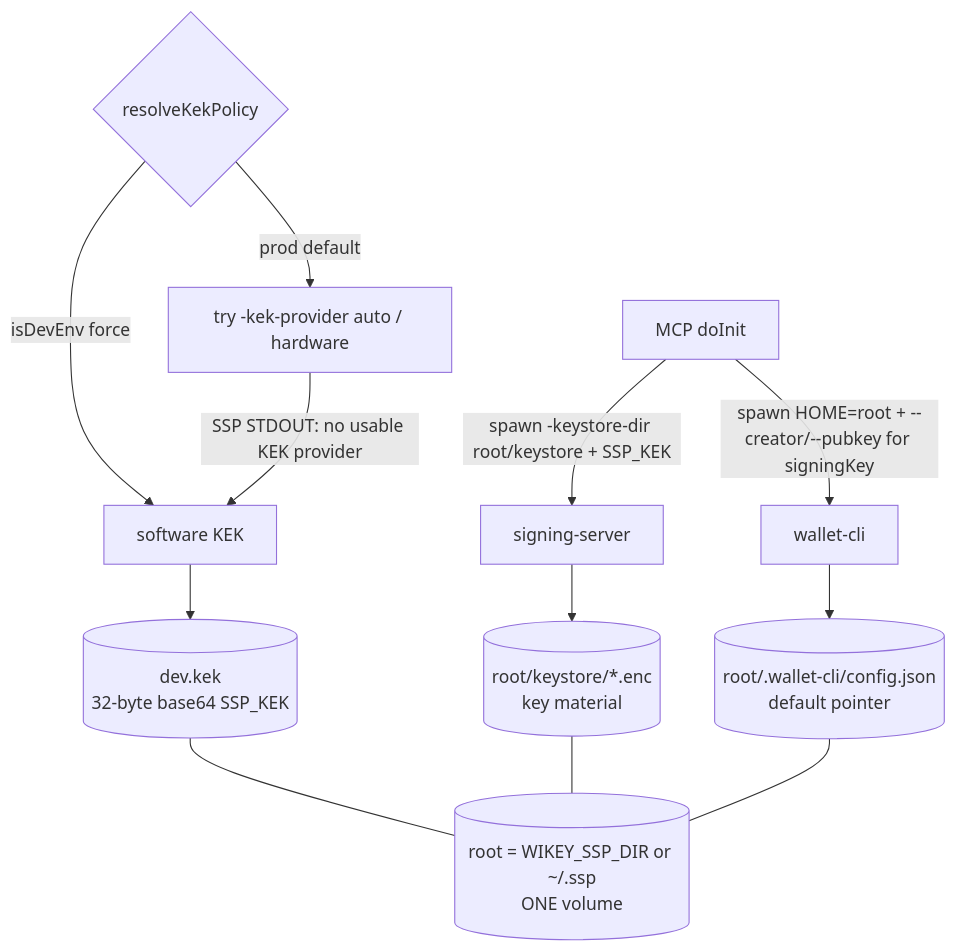
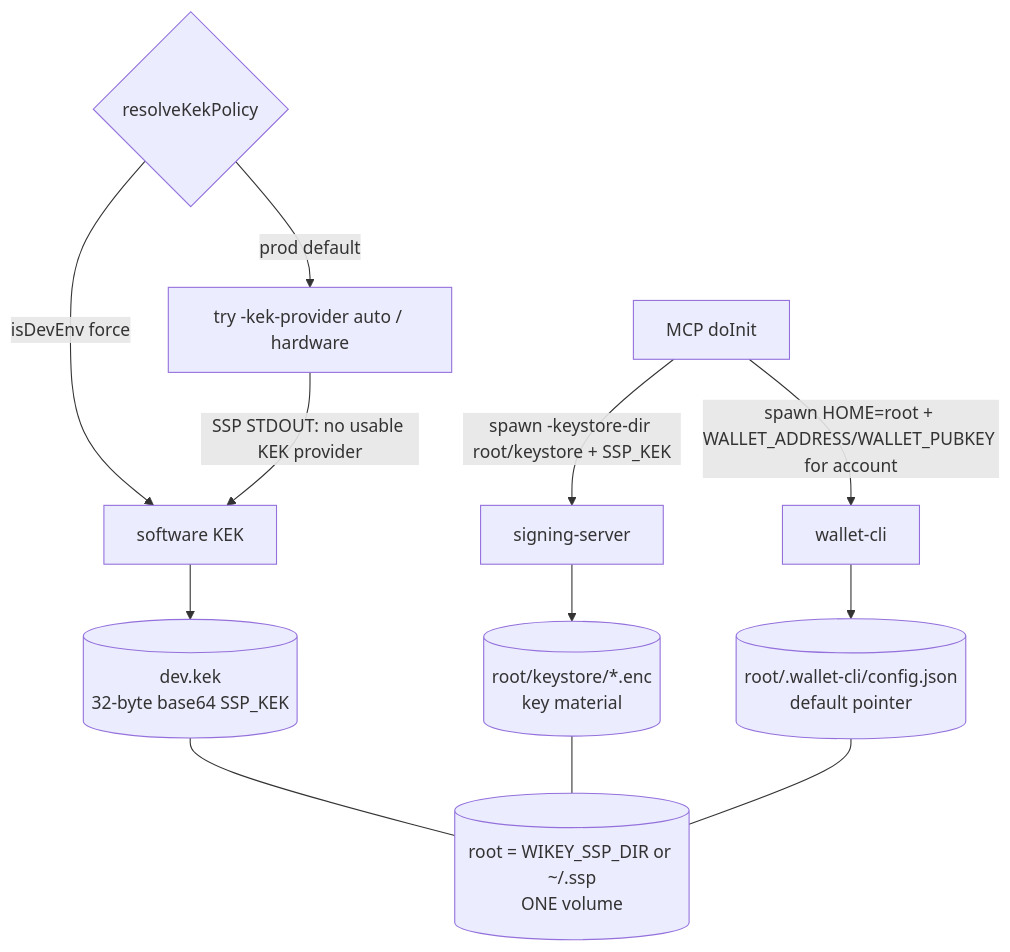
One commit to ronmasuary/Wikey-wallet-mcp changed the seventh of 8 diagrams in docs/ARCHITECTURE.md. Above: the diagram before and after it, drawn with Mermaid. The commit also changed other lines of this file and 31 other files, not shown here.

````diff
--- a/docs/ARCHITECTURE.md
+++ b/docs/ARCHITECTURE.md
@@ -264,14 +264,14 @@
 ```mermaid
 graph TD
     K{resolveKekPolicy} -->|prod default| HW[try -kek-provider auto / hardware]
     K -->|isDevEnv force| SW[software KEK]
     HW -->|SSP STDOUT: no usable KEK provider| SW
     SW --> DEK[(dev.kek<br/>32-byte base64 SSP_KEK)]
     M[MCP doInit] -->|spawn -keystore-dir root/keystore + SSP_KEK| SSP[signing-server]
-    M -->|spawn HOME=root + --creator/--pubkey for signingKey| CLI[wallet-cli]
+    M -->|spawn HOME=root + WALLET_ADDRESS/WALLET_PUBKEY for account| CLI[wallet-cli]
     SSP --> KS[(root/keystore/*.enc<br/>key material)]
     CLI --> CFG[(root/.wallet-cli/config.json<br/>default pointer)]
     DEK --- ROOT[(root = WIKEY_SSP_DIR or ~/.ssp<br/>ONE volume)]
     KS --- ROOT
     CFG --- ROOT
 ```
````
